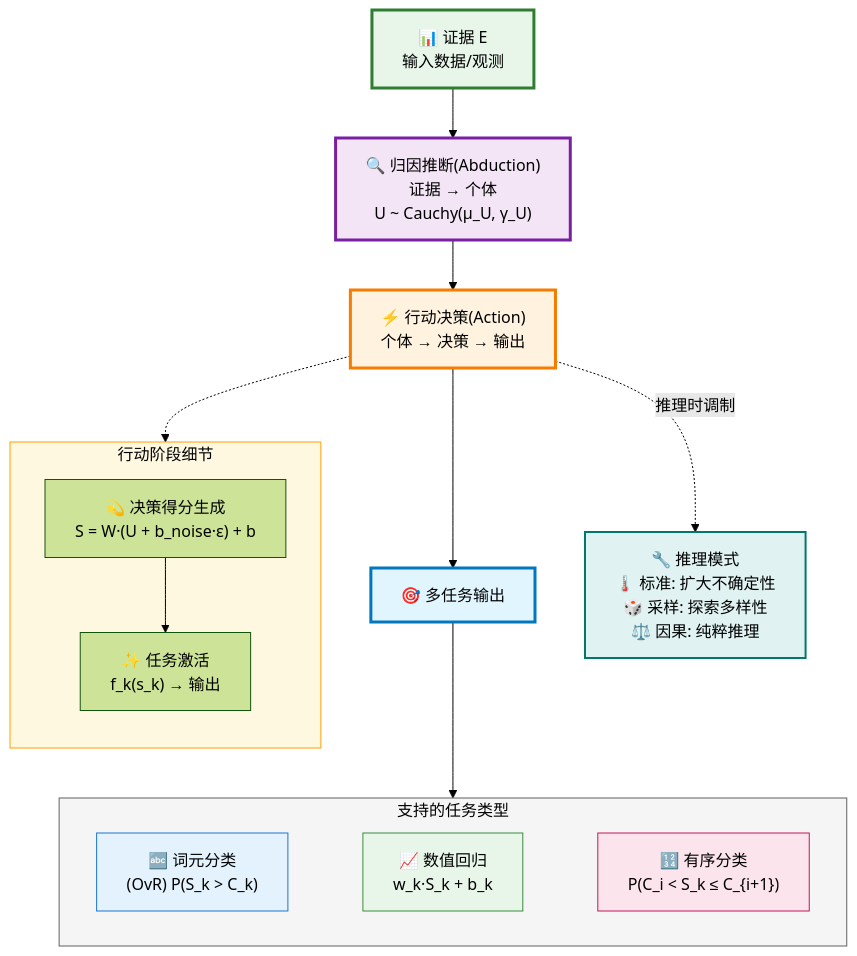
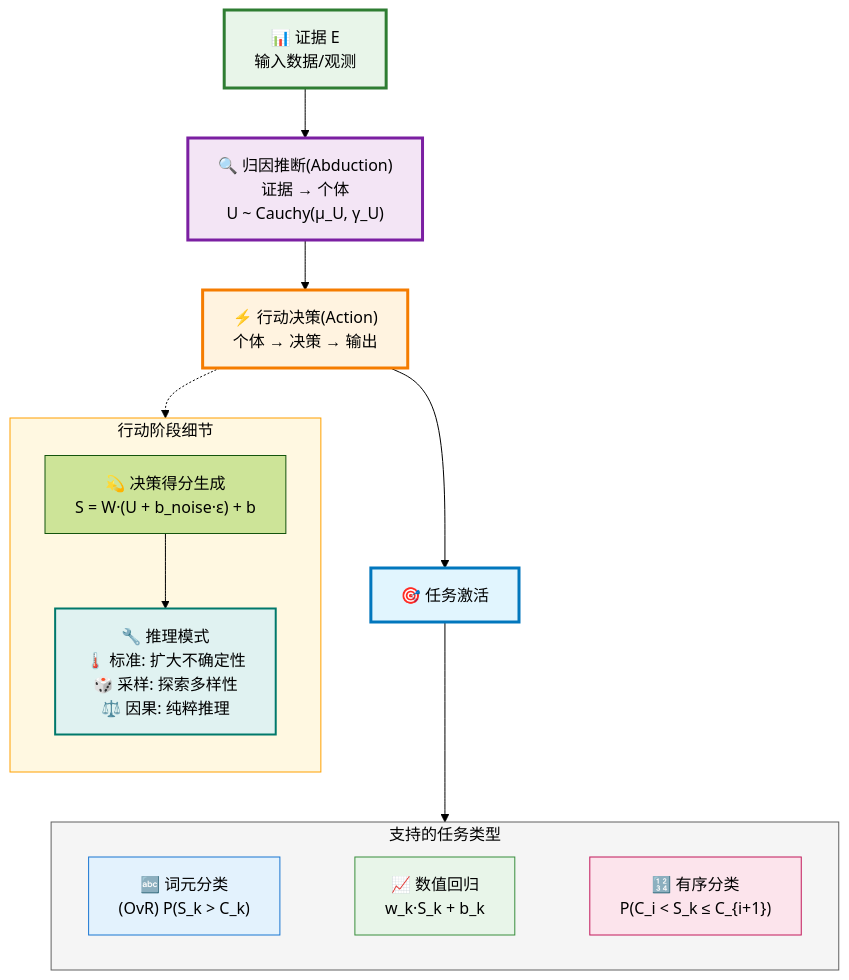
The first of 8 diagrams in causal_engine/MATHEMATICAL_FOUNDATIONS_CN.md (1587causalai/CausalQwen), drawn with Mermaid (forest theme) before and after one commit. The commit also changed other lines of this file and 3 other files, not shown here.

````diff
--- a/causal_engine/MATHEMATICAL_FOUNDATIONS_CN.md
+++ b/causal_engine/MATHEMATICAL_FOUNDATIONS_CN.md
@@ -35,44 +36,43 @@
 ```mermaid
 graph TB
     %% 简洁版本：CausalEngine 两阶段架构
     
     Evidence["📊 证据 E<br/>输入数据/观测"]
     
     Evidence --> Stage1["🔍 归因推断(Abduction)<br/>证据 → 个体<br/>U ~ Cauchy(μ_U, γ_U)"]
     
     Stage1 --> Stage2["⚡ 行动决策(Action)<br/>个体 → 决策 → 输出"]
     
     subgraph Stage2_Detail ["行动阶段细节"]
         direction TB
+        Modes["🔧 推理模式<br/>🌡️ 标准: 扩大不确定性<br/>🎲 采样: 探索多样性<br/>⚖️ 因果: 纯粹推理"]
         Step2_1["💫 决策得分生成<br/>S = W·(U + b_noise·ε) + b"]
-        Step2_2["✨ 任务激活<br/>f_k(s_k) → 输出"]
-        Step2_1 --> Step2_2
+        Step2_1 --> Modes
     end
     
     Stage2 -.-> Stage2_Detail
     
-    Stage2 --> MultiTask["🎯 多任务输出"]
+    Stage2 --> MultiTask["🎯 任务激活"]
     
     subgraph Tasks ["支持的任务类型"]
         direction LR
         Token["🔤 词元分类<br/>(OvR) P(S_k > C_k)"] ~~~ Numeric["📈 数值回归<br/>w_k·S_k + b_k"] ~~~ Discrete["🔢 有序分类<br/>P(C_i < S_k ≤ C_{i+1})"]
     end
     
     MultiTask --> Tasks
     
-    %% 推理模式
-    Stage2 -.->|推理时调制| Modes["🔧 推理模式<br/>🌡️ 标准: 扩大不确定性<br/>🎲 采样: 探索多样性<br/>⚖️ 因果: 纯粹推理"]
+
     
     %% 样式
     style Evidence fill:#e8f5e9,stroke:#2e7d32,stroke-width:3px,color:#000
     style Stage1 fill:#f3e5f5,stroke:#7b1fa2,stroke-width:3px,color:#000
     style Stage2 fill:#fff3e0,stroke:#f57c00,stroke-width:3px,color:#000
     style Stage2_Detail fill:#fff8e1,stroke:#ffa000,stroke-width:1px,color:#000
     style MultiTask fill:#e1f5fe,stroke:#0277bd,stroke-width:3px,color:#000
     style Tasks fill:#f5f5f5,stroke:#616161,stroke-width:1px,color:#000
     style Modes fill:#e0f2f1,stroke:#00796b,stroke-width:2px,color:#000
     
     style Token fill:#e3f2fd,stroke:#1976d2,color:#000
     style Numeric fill:#e8f5e9,stroke:#388e3c,color:#000
     style Discrete fill:#fce4ec,stroke:#c2185b,color:#000
 ```
````
